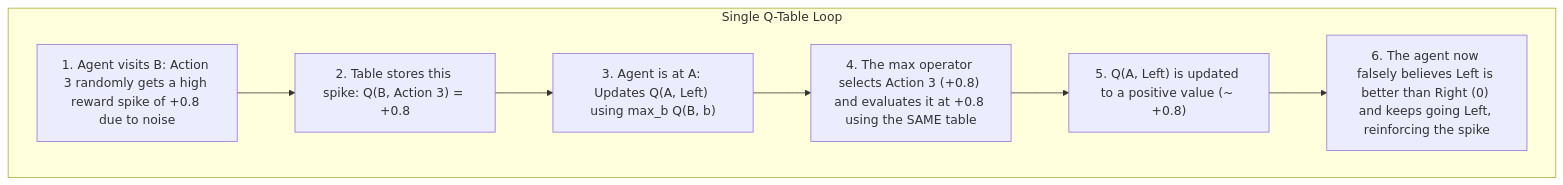
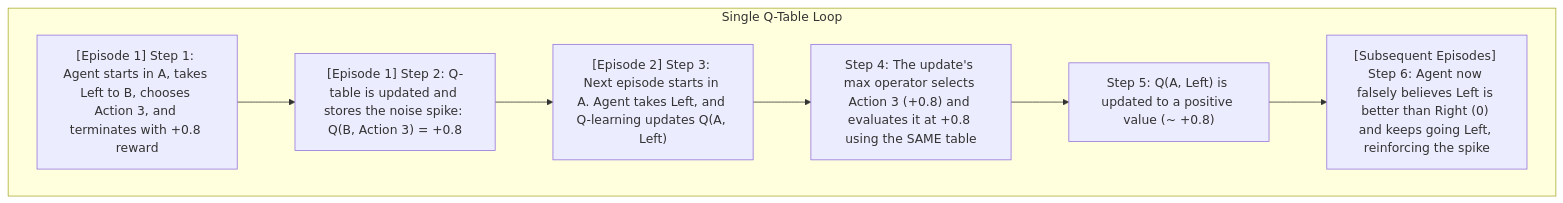
Before and after one commit to samratkar/drl: the sixth of 8 diagrams in barto-sutton-notes/lecture5-td/lecture5-td.md, drawn with Mermaid. The commit also changed other lines of this file, not shown here.

````diff
--- a/barto-sutton-notes/lecture5-td/lecture5-td.md
+++ b/barto-sutton-notes/lecture5-td/lecture5-td.md
@@ -1220,10 +1220,10 @@
 ```mermaid
 graph TD
     subgraph Single Q-Table Loop
-        S1[1. Agent visits B: Action 3 randomly gets a high reward spike of +0.8 due to noise] --> S2["2. Table stores this spike: Q(B, Action 3) = +0.8"]
-        S2 --> S3["3. Agent is at A: Updates Q(A, Left) using max_b Q(B, b)"]
-        S3 --> S4["4. The max operator selects Action 3 (+0.8) and evaluates it at +0.8 using the SAME table"]
-        S4 --> S5["5. Q(A, Left) is updated to a positive value (~ +0.8)"]
-        S5 --> S6["6. The agent now falsely believes Left is better than Right (0) and keeps going Left, reinforcing the spike"]
+        S1["[Episode 1] Step 1: Agent starts in A, takes Left to B, chooses Action 3, and terminates with +0.8 reward"] --> S2["[Episode 1] Step 2: Q-table is updated and stores the noise spike: Q(B, Action 3) = +0.8"]
+        S2 --> S3["[Episode 2] Step 3: Next episode starts in A. Agent takes Left, and Q-learning updates Q(A, Left)"]
+        S3 --> S4["Step 4: The update's max operator selects Action 3 (+0.8) and evaluates it at +0.8 using the SAME table"]
+        S4 --> S5["Step 5: Q(A, Left) is updated to a positive value (~ +0.8)"]
+        S5 --> S6["[Subsequent Episodes] Step 6: Agent now falsely believes Left is better than Right (0) and keeps going Left, reinforcing the spike"]
     end
 ```
````
